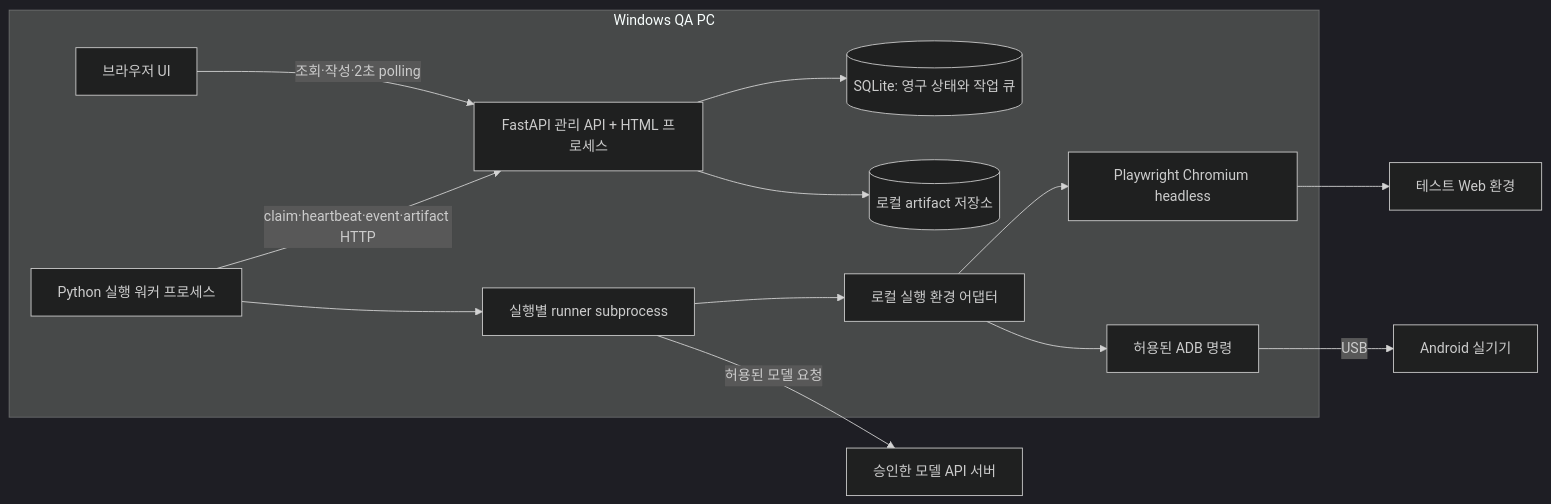
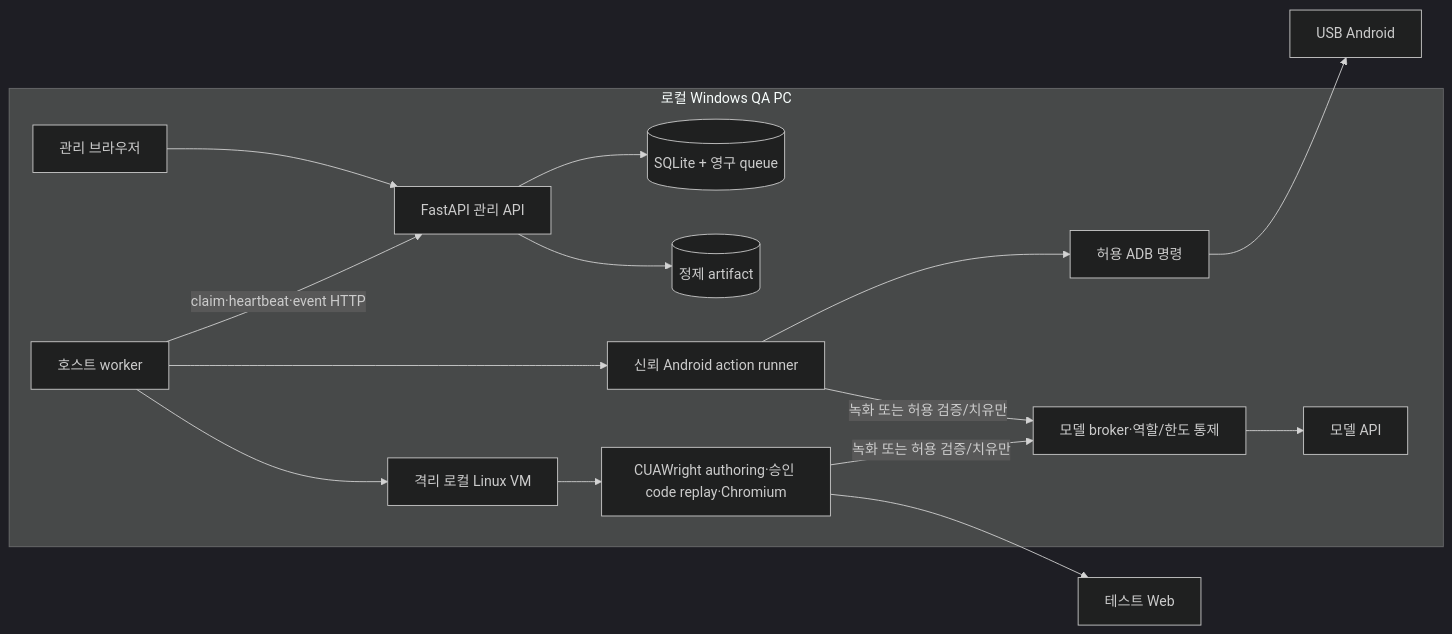
Before and after one commit to mrt1847-test/ai-qa-platform: the first of 2 diagrams in DESIGN.md, drawn with Mermaid (dark theme). The commit also changed other lines of this file and 43 other files, not shown here.

````diff
--- a/DESIGN.md
+++ b/DESIGN.md
@@ -92,25 +99,18 @@
 ```mermaid
 flowchart LR
-  subgraph PC[Windows QA PC]
-    UI[브라우저 UI]
-    API[FastAPI 관리 API + HTML 프로세스]
-    DB[(SQLite: 영구 상태와 작업 큐)]
-    FS[(로컬 artifact 저장소)]
-    W[Python 실행 워커 프로세스]
-    R[실행별 runner subprocess]
-    WEB[Playwright Chromium headless]
-    ADB[허용된 ADB 명령]
-    UI -->|조회·작성·2초 polling| API
-    API --> DB
-    API --> FS
-    W -->|claim·heartbeat·event·artifact HTTP| API
-    W --> R
-    EA[로컬 실행 환경 어댑터]
-    R --> EA
-    EA --> WEB
-    EA --> ADB
+  subgraph PC[로컬 Windows QA PC]
+    UI[관리 브라우저] --> API[FastAPI 관리 API]
+    API --> DB[(SQLite + 영구 queue)]
+    API --> FS[(정제 artifact)]
+    W[호스트 worker] -->|claim·heartbeat·event HTTP| API
+    W --> AND[신뢰 Android action runner]
+    AND --> ADB[허용 ADB 명령]
+    W --> VM[격리 로컬 Linux VM]
+    VM --> WEB[CUAWright authoring·승인 code replay·Chromium]
+    G[모델 broker·역할/한도 통제] --> MODEL[모델 API]
+    AND -->|녹화 또는 허용 검증/치유만| G
+    WEB -->|녹화 또는 허용 검증/치유만| G
   end
-  ADB -->|USB| PHONE[Android 실기기]
-  R -->|허용된 모델 요청| MODEL[승인한 모델 API 서버]
-  WEB --> TARGET[테스트 Web 환경]
+  ADB --> PHONE[USB Android]
+  WEB --> TARGET[테스트 Web]
 ```
````
